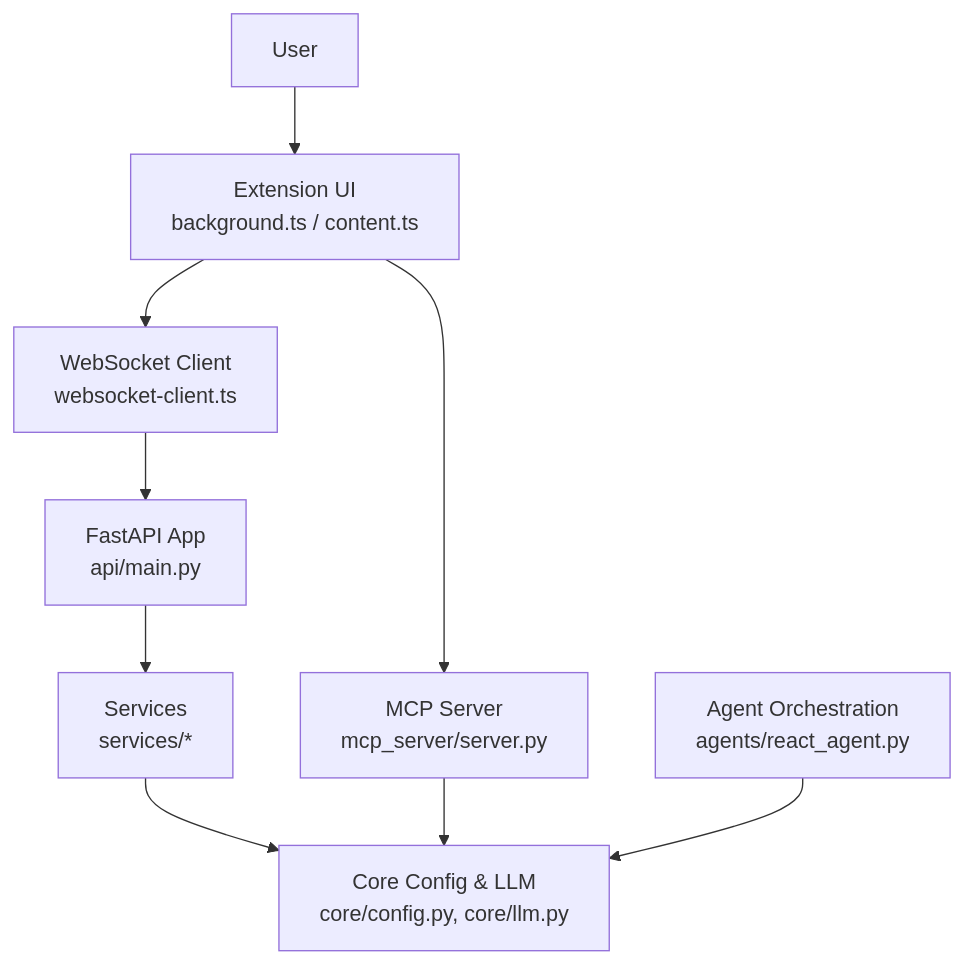
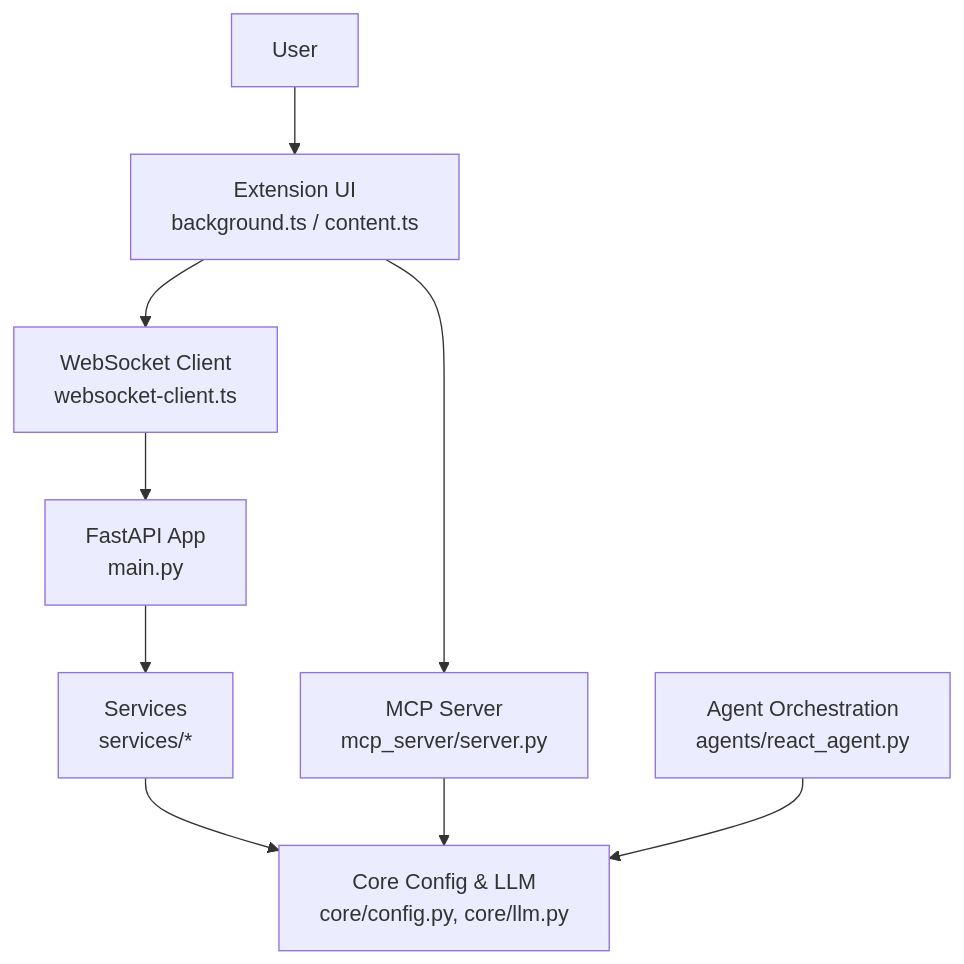
The second of 10 diagrams in src/data/docs/agentic-browser/System Architecture/Overall System Design.md (tashifkhan/tashif.codes), drawn with Mermaid before and after one commit. The commit also changed other lines of this file and 2128 other files, not shown here.

First line of the commit message:
docs: replace raster diagram images with native Mermaid across project guides

````diff
--- a/src/data/docs/agentic-browser/System Architecture/Overall System Design.md
+++ b/src/data/docs/agentic-browser/System Architecture/Overall System Design.md
@@ -72,19 +72,19 @@
 ```mermaid
 graph TB
 U["User"]
 EX["Extension UI<br/>background.ts / content.ts"]
 WS["WebSocket Client<br/>websocket-client.ts"]
-API["FastAPI App<br/>api/main.py"]
+API["FastAPI App<br/>main.py"]
 MCP["MCP Server<br/>mcp_server/server.py"]
 CORE["Core Config & LLM<br/>core/config.py, core/llm.py"]
 SVC["Services<br/>services/*"]
 AG["Agent Orchestration<br/>agents/react_agent.py"]
 U --> EX
 EX --> WS
 WS --> API
 EX --> MCP
 API --> SVC
 SVC --> CORE
 MCP --> CORE
 AG --> CORE
 ```
````
